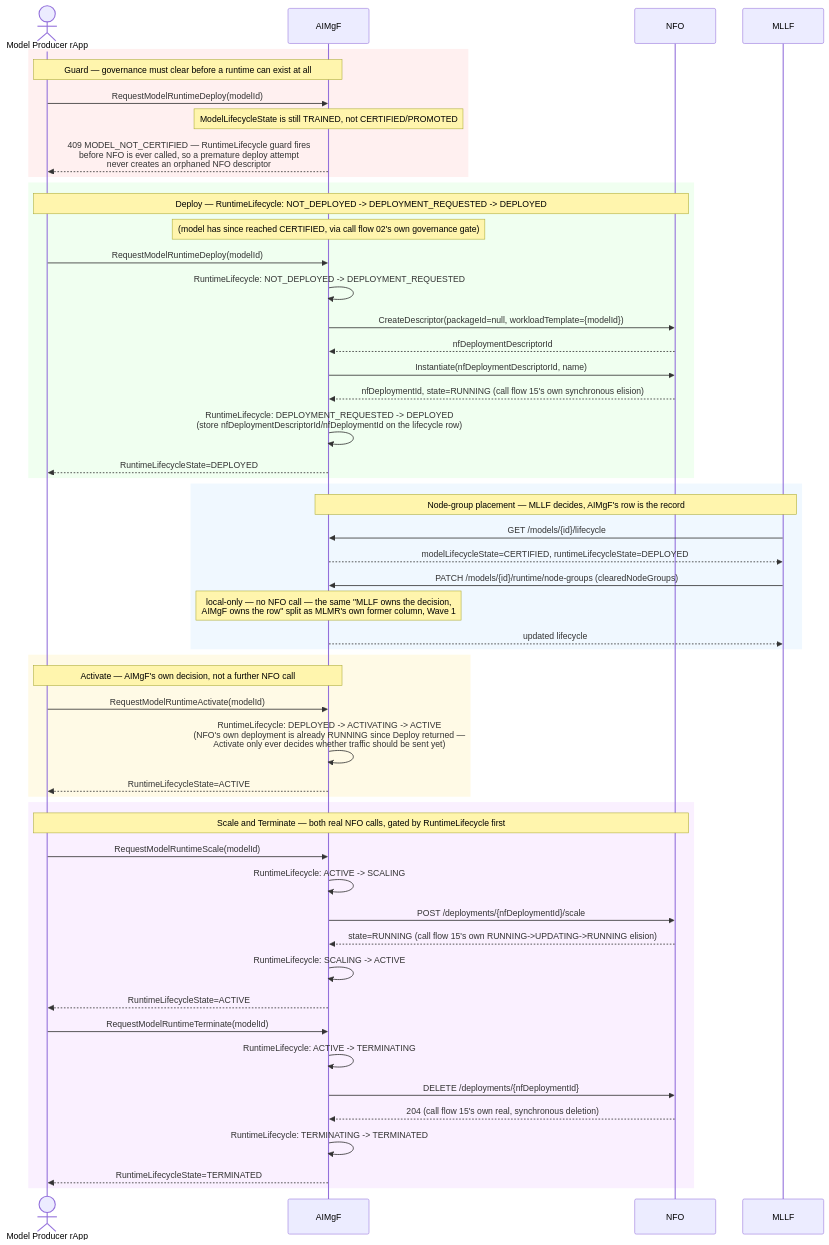
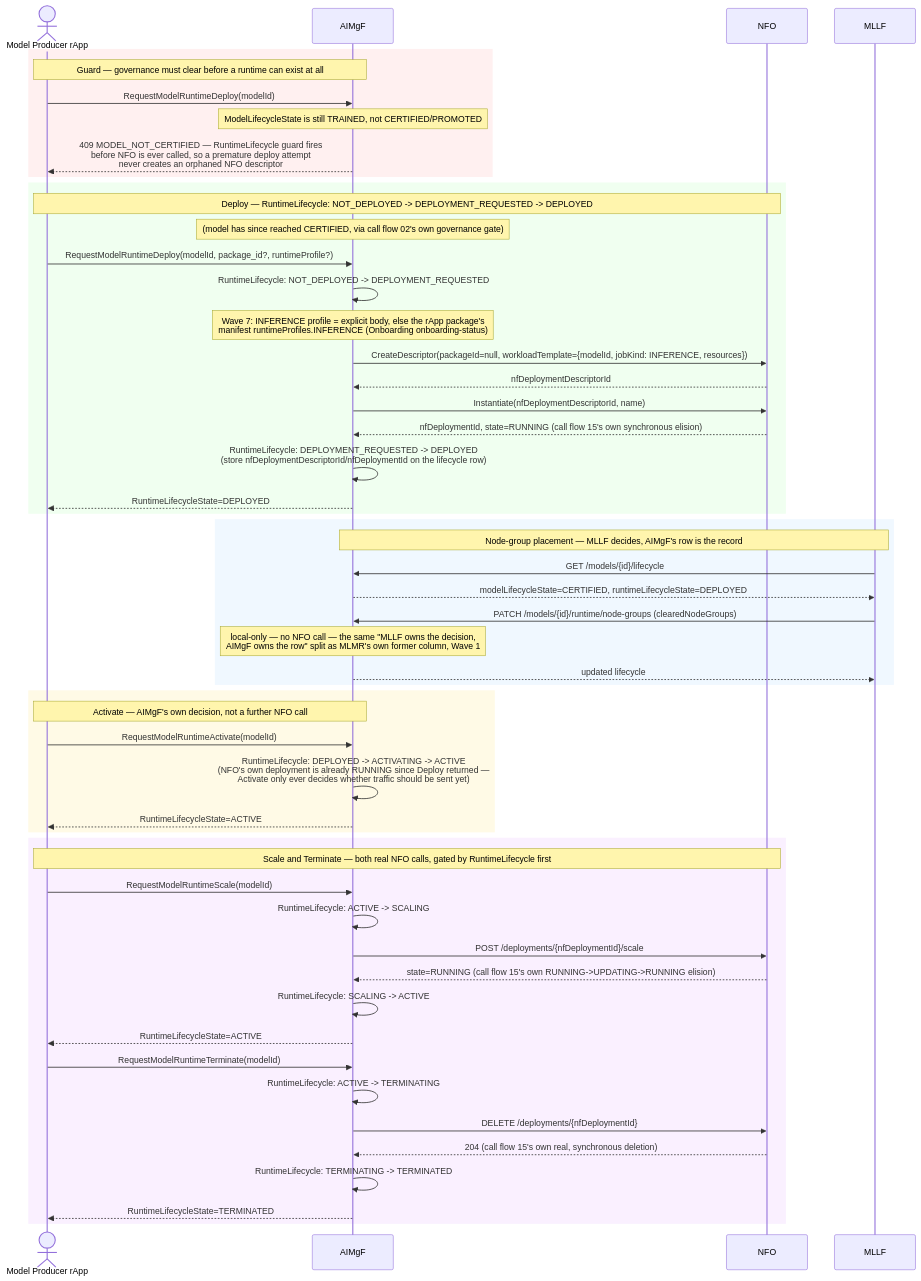
Before and after one commit to rsys-bshankar/ai-ran-ref: the diagram in smo/docs/call-flows/17-model-runtime-lifecycle.md, drawn with Mermaid. The commit also changed other lines of this file and 12 other files, not shown here.

First line of the commit message:
Wave 7: per-mode runtime profiles and execution timeouts for MLTF/MLVF/MLEF/MLIF

````diff
--- a/smo/docs/call-flows/17-model-runtime-lifecycle.md
+++ b/smo/docs/call-flows/17-model-runtime-lifecycle.md
@@ -22,60 +22,61 @@
 ```mermaid
 sequenceDiagram
     actor Producer as Model Producer rApp
     participant AIMgF as AIMgF
     participant NFO as NFO
     participant MLLF as MLLF
 
     rect rgb(255, 240, 240)
     Note over Producer,AIMgF: Guard — governance must clear before a runtime can exist at all
     Producer->>AIMgF: RequestModelRuntimeDeploy(modelId)
     Note over AIMgF: ModelLifecycleState is still TRAINED, not CERTIFIED/PROMOTED
     AIMgF-->>Producer: 409 MODEL_NOT_CERTIFIED — RuntimeLifecycle guard fires<br/>before NFO is ever called, so a premature deploy attempt<br/>never creates an orphaned NFO descriptor
     end
 
     rect rgb(240, 255, 240)
     Note over Producer,NFO: Deploy — RuntimeLifecycle: NOT_DEPLOYED -> DEPLOYMENT_REQUESTED -> DEPLOYED
     Note over AIMgF: (model has since reached CERTIFIED, via call flow 02's own governance gate)
-    Producer->>AIMgF: RequestModelRuntimeDeploy(modelId)
+    Producer->>AIMgF: RequestModelRuntimeDeploy(modelId, package_id?, runtimeProfile?)
     AIMgF->>AIMgF: RuntimeLifecycle: NOT_DEPLOYED -> DEPLOYMENT_REQUESTED
-    AIMgF->>NFO: CreateDescriptor(packageId=null, workloadTemplate={modelId})
+    Note over AIMgF: Wave 7: INFERENCE profile = explicit body, else the rApp package's<br/>manifest runtimeProfiles.INFERENCE (Onboarding onboarding-status)
+    AIMgF->>NFO: CreateDescriptor(packageId=null, workloadTemplate={modelId, jobKind: INFERENCE, resources})
     NFO-->>AIMgF: nfDeploymentDescriptorId
     AIMgF->>NFO: Instantiate(nfDeploymentDescriptorId, name)
     NFO-->>AIMgF: nfDeploymentId, state=RUNNING (call flow 15's own synchronous elision)
     AIMgF->>AIMgF: RuntimeLifecycle: DEPLOYMENT_REQUESTED -> DEPLOYED<br/>(store nfDeploymentDescriptorId/nfDeploymentId on the lifecycle row)
     AIMgF-->>Producer: RuntimeLifecycleState=DEPLOYED
     end
 
     rect rgb(240, 248, 255)
     Note over MLLF,AIMgF: Node-group placement — MLLF decides, AIMgF's row is the record
     MLLF->>AIMgF: GET /models/{id}/lifecycle
     AIMgF-->>MLLF: modelLifecycleState=CERTIFIED, runtimeLifecycleState=DEPLOYED
     MLLF->>AIMgF: PATCH /models/{id}/runtime/node-groups (clearedNodeGroups)
     Note over AIMgF: local-only — no NFO call — the same "MLLF owns the decision,<br/>AIMgF owns the row" split as MLMR's own former column, Wave 1
     AIMgF-->>MLLF: updated lifecycle
     end
 
     rect rgb(255, 250, 230)
     Note over Producer,AIMgF: Activate — AIMgF's own decision, not a further NFO call
     Producer->>AIMgF: RequestModelRuntimeActivate(modelId)
     AIMgF->>AIMgF: RuntimeLifecycle: DEPLOYED -> ACTIVATING -> ACTIVE<br/>(NFO's own deployment is already RUNNING since Deploy returned —<br/>Activate only ever decides whether traffic should be sent yet)
     AIMgF-->>Producer: RuntimeLifecycleState=ACTIVE
     end
 
     rect rgb(250, 240, 255)
     Note over Producer,NFO: Scale and Terminate — both real NFO calls, gated by RuntimeLifecycle first
     Producer->>AIMgF: RequestModelRuntimeScale(modelId)
     AIMgF->>AIMgF: RuntimeLifecycle: ACTIVE -> SCALING
     AIMgF->>NFO: POST /deployments/{nfDeploymentId}/scale
     NFO-->>AIMgF: state=RUNNING (call flow 15's own RUNNING->UPDATING->RUNNING elision)
     AIMgF->>AIMgF: RuntimeLifecycle: SCALING -> ACTIVE
     AIMgF-->>Producer: RuntimeLifecycleState=ACTIVE
 
     Producer->>AIMgF: RequestModelRuntimeTerminate(modelId)
     AIMgF->>AIMgF: RuntimeLifecycle: ACTIVE -> TERMINATING
     AIMgF->>NFO: DELETE /deployments/{nfDeploymentId}
     NFO-->>AIMgF: 204 (call flow 15's own real, synchronous deletion)
     AIMgF->>AIMgF: RuntimeLifecycle: TERMINATING -> TERMINATED
     AIMgF-->>Producer: RuntimeLifecycleState=TERMINATED
     end
 ```
````
